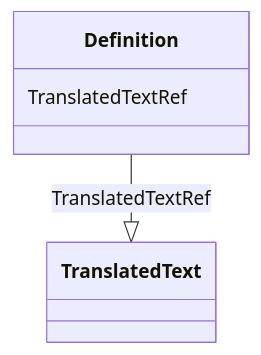
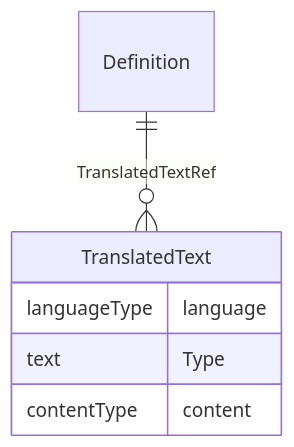
Before and after one commit to cdisc-org/DataExchange-ODM-LinkML: the diagram in docs/Definition.md, drawn with Mermaid. The commit also changed other lines of this file and 181 other files, not shown here.

Commit message:
ER diagrams working via templates and removing names with underscores

````diff
--- a/docs/Definition.md
+++ b/docs/Definition.md
@@ -14,9 +11,14 @@
 ```mermaid
- classDiagram
-    class Definition
-      Definition : TranslatedTextRef
-        
-          Definition --|> TranslatedText : TranslatedTextRef
-        
-      
+erDiagram
+Definition {
+
+}
+TranslatedText {
+    languageType language  
+    text Type  
+    contentType content  
+}
+
+Definition ||--}o TranslatedText : "TranslatedTextRef"
+
 ```
````
